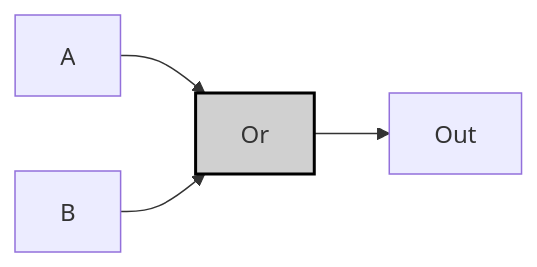
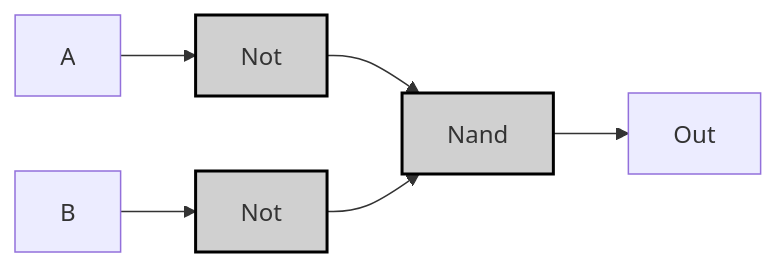
One commit to MeJamoLeo/Vault_Templates changed the first of 2 diagrams in 99_Projects/Nand2Tetris/HackHDL/03_Or.md. Above: the diagram before and after it, drawn with Mermaid. The commit also changed other lines of this file, not shown here.

````diff
--- a/99_Projects/Nand2Tetris/HackHDL/03_Or.md
+++ b/99_Projects/Nand2Tetris/HackHDL/03_Or.md
@@ -58,8 +52,10 @@
 ```mermaid
 graph LR;
-    A["A"] --> Or0["Or"]:::gate
-    B["B"] --> Or0
-    Or0 --> OUT["Out"]
+    A["A"] --> NotA["Not"]:::gate;
+    B["B"] --> NotB["Not"]:::gate;
+    NotA --> Nand0["Nand"]:::gate;
+    NotB --> Nand0;
+    Nand0 --> OUT["Out"];
     
     classDef gate fill:#d0d0d0,stroke:#000,stroke-width:2px;
 ```
````
